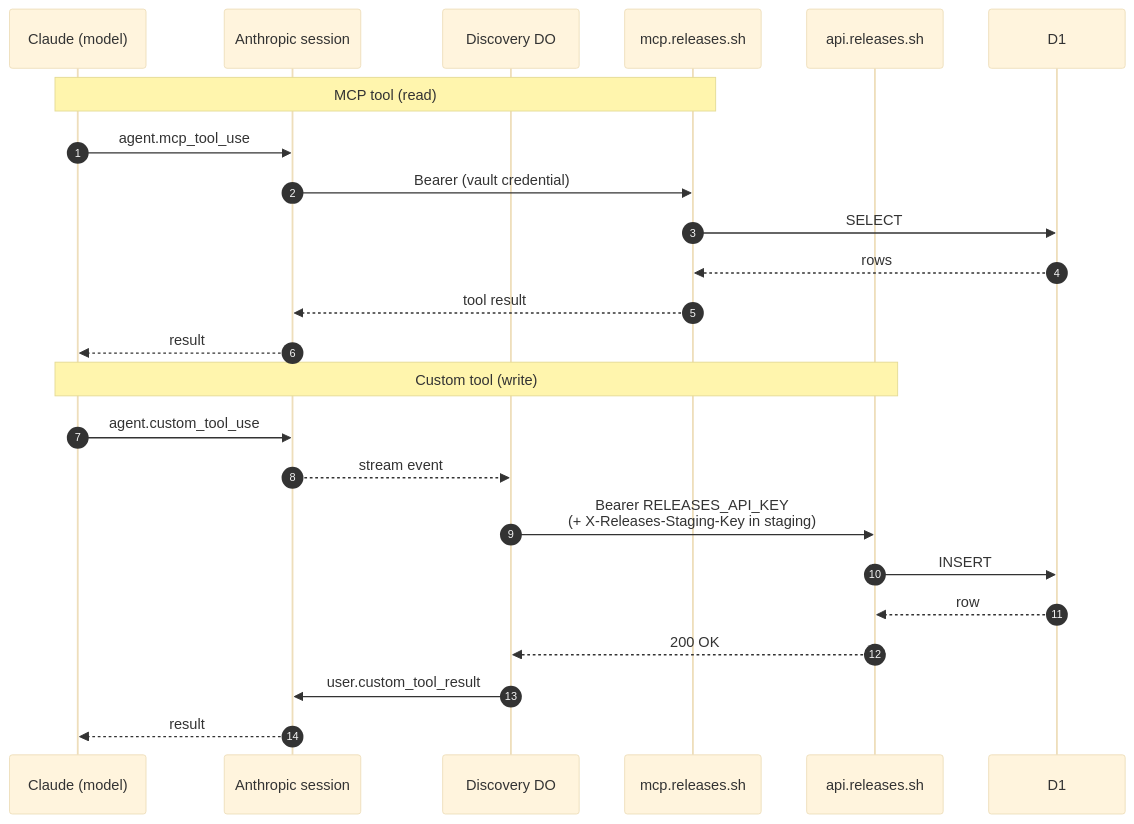
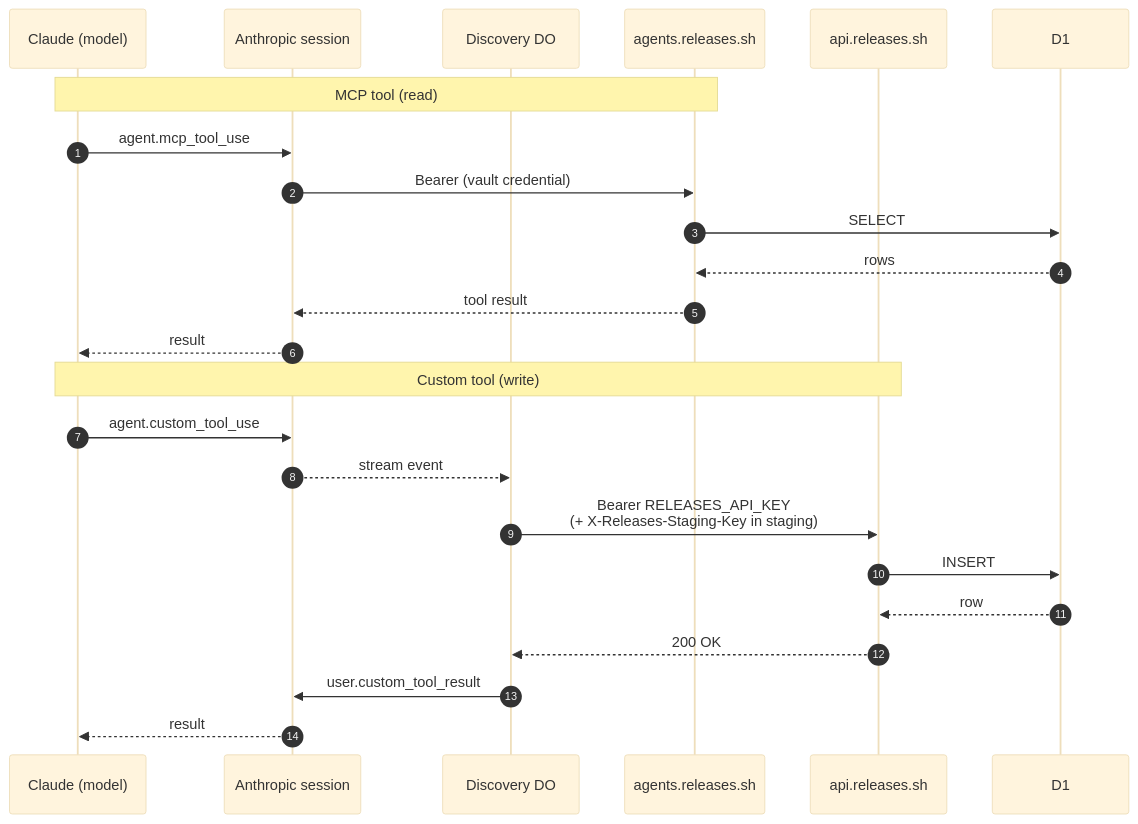
Before and after one commit to buildinternet/releases: the diagram in docs/architecture/agents.md, drawn with Mermaid (base theme). The commit also changed other lines of this file and 31 other files, not shown here.

First line of the commit message:
feat(mcp): advertise agents.releases.sh/mcp as the public MCP URL

````diff
--- a/docs/architecture/agents.md
+++ b/docs/architecture/agents.md
@@ -93,28 +93,28 @@
 ```mermaid
 sequenceDiagram
     autonumber
     participant M as Claude (model)
     participant S as Anthropic session
     participant DO as Discovery DO
-    participant MCP as mcp.releases.sh
+    participant MCP as agents.releases.sh
     participant API as api.releases.sh
     participant D1
 
     Note over M,MCP: MCP tool (read)
     M->>S: agent.mcp_tool_use
     S->>MCP: Bearer (vault credential)
     MCP->>D1: SELECT
     D1-->>MCP: rows
     MCP-->>S: tool result
     S-->>M: result
 
     Note over M,API: Custom tool (write)
     M->>S: agent.custom_tool_use
     S-->>DO: stream event
     DO->>API: Bearer RELEASES_API_KEY<br/>(+ X-Releases-Staging-Key in staging)
     API->>D1: INSERT
     D1-->>API: row
     API-->>DO: 200 OK
     DO->>S: user.custom_tool_result
     S-->>M: result
 ```
````
